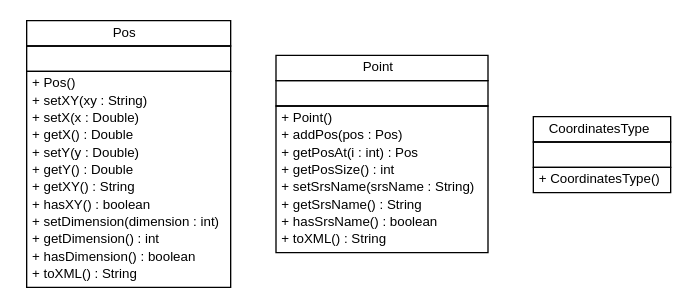
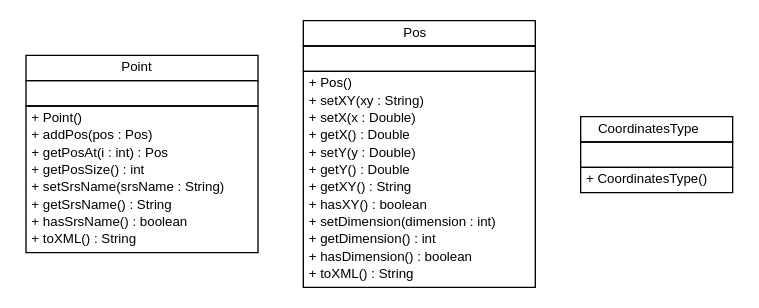
One commit to geozet/openls-databinding changed the diagram in apidocs/nl/geozet/openls/databinding/gml/nl.geozet.openls.databinding.gml.dot. Above: the diagram before and after it, drawn with Graphviz. The commit also changed 307 other files, not shown here.

```diff
--- a/apidocs/nl/geozet/openls/databinding/gml/nl.geozet.openls.databinding.gml.dot
+++ b/apidocs/nl/geozet/openls/databinding/gml/nl.geozet.openls.databinding.gml.dot
@@ -1,66 +1,66 @@
 #!/usr/local/bin/dot
 #
 # Class diagram 
 # Generated by UMLGraph version R5_6-24-gf6e263 (http://www.umlgraph.org/)
 #
 
 digraph G {
-	edge [fontname="arial",fontsize=10,labelfontname="arial",labelfontsize=10];
-	node [fontname="arial",fontsize=10,shape=plaintext];
+	edge [fontname="Helvetica",fontsize=10,labelfontname="Helvetica",labelfontsize=10];
+	node [fontname="Helvetica",fontsize=10,shape=plaintext];
 	nodesep=0.25;
 	ranksep=0.5;
+	// nl.geozet.openls.databinding.gml.Point
+	c37 [label=<<table title="nl.geozet.openls.databinding.gml.Point" border="0" cellborder="1" cellspacing="0" cellpadding="2" port="p" href="./Point.html">
+		<tr><td><table border="0" cellspacing="0" cellpadding="1">
+<tr><td align="center" balign="center"> Point </td></tr>
+		</table></td></tr>
+		<tr><td><table border="0" cellspacing="0" cellpadding="1">
+<tr><td align="left" balign="left">  </td></tr>
+		</table></td></tr>
+		<tr><td><table border="0" cellspacing="0" cellpadding="1">
+<tr><td align="left" balign="left"> + Point() </td></tr>
+<tr><td align="left" balign="left"> + addPos(pos : Pos) </td></tr>
+<tr><td align="left" balign="left"> + getPosAt(i : int) : Pos </td></tr>
+<tr><td align="left" balign="left"> + getPosSize() : int </td></tr>
+<tr><td align="left" balign="left"> + setSrsName(srsName : String) </td></tr>
+<tr><td align="left" balign="left"> + getSrsName() : String </td></tr>
+<tr><td align="left" balign="left"> + hasSrsName() : boolean </td></tr>
+<tr><td align="left" balign="left"> + toXML() : String </td></tr>
+		</table></td></tr>
+		</table>>, URL="./Point.html", fontname="Helvetica", fontcolor="black", fontsize=10.0];
 	// nl.geozet.openls.databinding.gml.Pos
-	c18 [label=<<table title="nl.geozet.openls.databinding.gml.Pos" border="0" cellborder="1" cellspacing="0" cellpadding="2" port="p" href="./Pos.html">
+	c38 [label=<<table title="nl.geozet.openls.databinding.gml.Pos" border="0" cellborder="1" cellspacing="0" cellpadding="2" port="p" href="./Pos.html">
 		<tr><td><table border="0" cellspacing="0" cellpadding="1">
 <tr><td align="center" balign="center"> Pos </td></tr>
 		</table></td></tr>
 		<tr><td><table border="0" cellspacing="0" cellpadding="1">
 <tr><td align="left" balign="left">  </td></tr>
 		</table></td></tr>
 		<tr><td><table border="0" cellspacing="0" cellpadding="1">
 <tr><td align="left" balign="left"> + Pos() </td></tr>
 <tr><td align="left" balign="left"> + setXY(xy : String) </td></tr>
 <tr><td align="left" balign="left"> + setX(x : Double) </td></tr>
 <tr><td align="left" balign="left"> + getX() : Double </td></tr>
 <tr><td align="left" balign="left"> + setY(y : Double) </td></tr>
 <tr><td align="left" balign="left"> + getY() : Double </td></tr>
 <tr><td align="left" balign="left"> + getXY() : String </td></tr>
 <tr><td align="left" balign="left"> + hasXY() : boolean </td></tr>
 <tr><td align="left" balign="left"> + setDimension(dimension : int) </td></tr>
 <tr><td align="left" balign="left"> + getDimension() : int </td></tr>
 <tr><td align="left" balign="left"> + hasDimension() : boolean </td></tr>
 <tr><td align="left" balign="left"> + toXML() : String </td></tr>
 		</table></td></tr>
-		</table>>, URL="./Pos.html", fontname="arial", fontcolor="black", fontsize=10.0];
-	// nl.geozet.openls.databinding.gml.Point
-	c19 [label=<<table title="nl.geozet.openls.databinding.gml.Point" border="0" cellborder="1" cellspacing="0" cellpadding="2" port="p" href="./Point.html">
-		<tr><td><table border="0" cellspacing="0" cellpadding="1">
-<tr><td align="center" balign="center"> Point </td></tr>
-		</table></td></tr>
-		<tr><td><table border="0" cellspacing="0" cellpadding="1">
-<tr><td align="left" balign="left">  </td></tr>
-		</table></td></tr>
-		<tr><td><table border="0" cellspacing="0" cellpadding="1">
-<tr><td align="left" balign="left"> + Point() </td></tr>
-<tr><td align="left" balign="left"> + addPos(pos : Pos) </td></tr>
-<tr><td align="left" balign="left"> + getPosAt(i : int) : Pos </td></tr>
-<tr><td align="left" balign="left"> + getPosSize() : int </td></tr>
-<tr><td align="left" balign="left"> + setSrsName(srsName : String) </td></tr>
-<tr><td align="left" balign="left"> + getSrsName() : String </td></tr>
-<tr><td align="left" balign="left"> + hasSrsName() : boolean </td></tr>
-<tr><td align="left" balign="left"> + toXML() : String </td></tr>
-		</table></td></tr>
-		</table>>, URL="./Point.html", fontname="arial", fontcolor="black", fontsize=10.0];
+		</table>>, URL="./Pos.html", fontname="Helvetica", fontcolor="black", fontsize=10.0];
 	// nl.geozet.openls.databinding.gml.CoordinatesType
-	c20 [label=<<table title="nl.geozet.openls.databinding.gml.CoordinatesType" border="0" cellborder="1" cellspacing="0" cellpadding="2" port="p" href="./CoordinatesType.html">
+	c39 [label=<<table title="nl.geozet.openls.databinding.gml.CoordinatesType" border="0" cellborder="1" cellspacing="0" cellpadding="2" port="p" href="./CoordinatesType.html">
 		<tr><td><table border="0" cellspacing="0" cellpadding="1">
 <tr><td align="center" balign="center"> CoordinatesType </td></tr>
 		</table></td></tr>
 		<tr><td><table border="0" cellspacing="0" cellpadding="1">
 <tr><td align="left" balign="left">  </td></tr>
 		</table></td></tr>
 		<tr><td><table border="0" cellspacing="0" cellpadding="1">
 <tr><td align="left" balign="left"> + CoordinatesType() </td></tr>
 		</table></td></tr>
-		</table>>, URL="./CoordinatesType.html", fontname="arial", fontcolor="black", fontsize=10.0];
+		</table>>, URL="./CoordinatesType.html", fontname="Helvetica", fontcolor="black", fontsize=10.0];
 }
```
